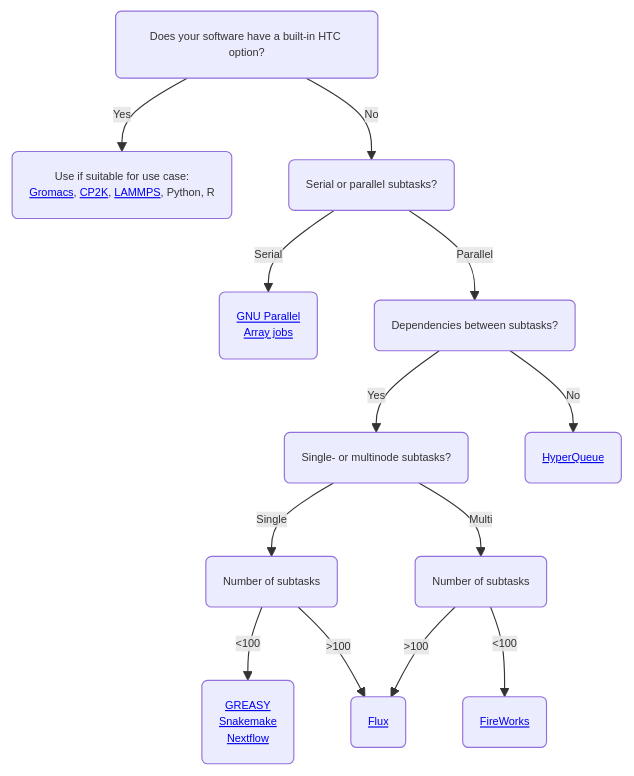
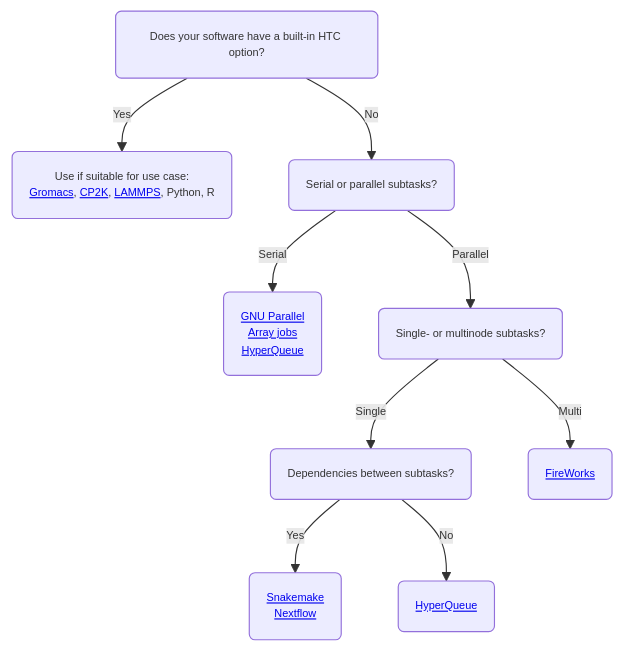
The first of 2 diagrams in docs/computing/running/throughput.md (CSCfi/csc-user-guide), drawn with Mermaid before and after one commit. The commit also changed other lines of this file and 130 other files, not shown here.

````diff
--- a/docs/computing/running/throughput.md
+++ b/docs/computing/running/throughput.md
@@ -50,16 +53,12 @@
 ```mermaid
 %%{init: {'theme': 'default', 'themeVariables': { 'fontSize': '0.6rem'}}}%%
 graph TD
     C(Does your software have a built-in HTC option?) -->|Yes| D("Use if suitable for use case:<br><a href='/apps/gromacs/#high-throughput-computing-with-gromacs'>Gromacs</a>, <a href='/apps/cp2k/#high-throughput-computing-with-gromacs'>CP2K</a>, <a href='/apps/lammps/#high-throughput-computing-with-gromacs'>LAMMPS</a>, Python, R ")
     C -->|No| E(Serial or parallel subtasks?)
-    E -->|Serial| F(<a href='/support/tutorials/many/'>GNU Parallel</a><br><a href='/computing/running/array-jobs/'>Array jobs</a>)
-    E -->|Parallel| G(Dependencies between subtasks?)
-    G -->|Yes| H(Single- or multinode subtasks?)
-    G -->|No| I(<a href='https://it4innovations.github.io/hyperqueue/stable/'>HyperQueue</a>)
-    H -->|Single| J(Number of subtasks)
-    H -->|Multi| K(Number of subtasks)
-    J -->|<100| M(<a href='/computing/running/greasy/'>GREASY</a><br><a href='https://snakemake.readthedocs.io/en/stable/'>Snakemake</a><br><a href='/support/tutorials/nextflow-puhti/'>Nextflow</a>)
-    K -->|<100| O(<a href='/computing/running/fireworks/'>FireWorks</a>)
-    J -->|>100| L(<a href='http://flux-framework.org/'>Flux</a>)
-    K -->|>100| L
+    E -->|Serial| F(<a href='/support/tutorials/many/'>GNU Parallel</a><br><a href='/computing/running/array-jobs/'>Array jobs</a><br><a href='/apps/hyperqueue/'>HyperQueue</a>)
+    E -->|Parallel| G(Single- or multinode subtasks?)
+    G -->|Single| H(Dependencies between subtasks?)
+    G -->|Multi| I(<a href='/computing/running/fireworks/'>FireWorks</a>)
+    H -->|Yes| J(<a href='https://snakemake.readthedocs.io/en/stable/'>Snakemake</a><br><a href='/support/tutorials/nextflow-puhti/'>Nextflow</a>)
+    H -->|No| K(<a href='/apps/hyperqueue/'>HyperQueue</a>)
 ```
````
